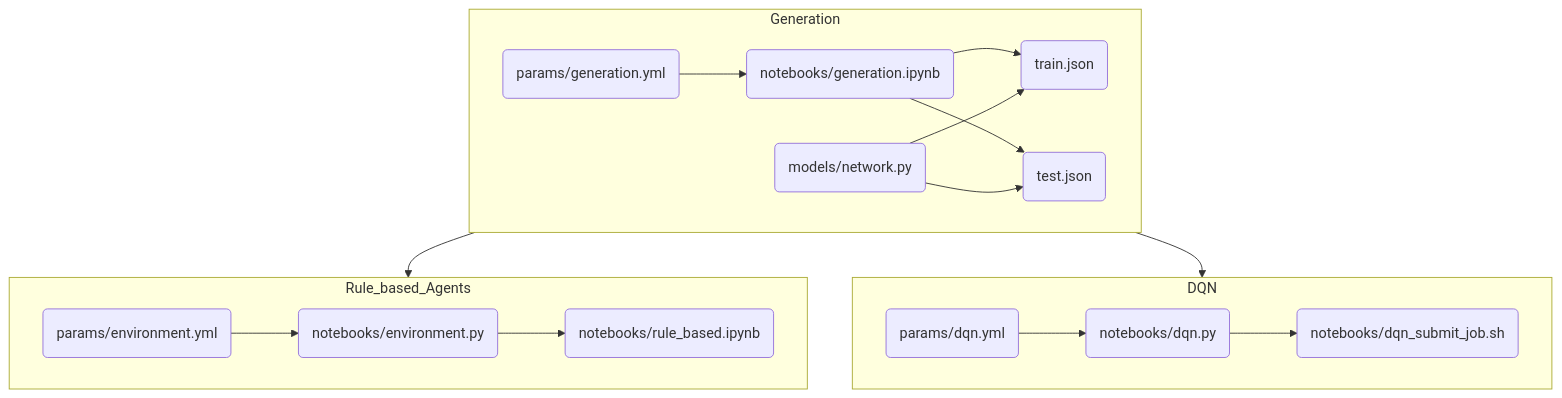
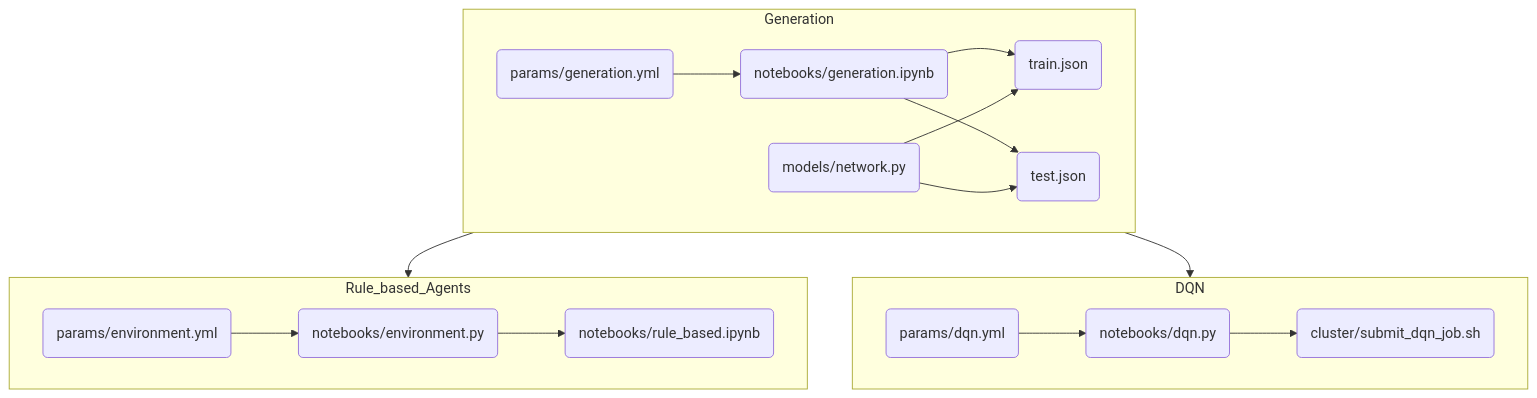
One commit to LBrinkmann/reward-network-iii-algorithm changed the diagram in README.md. Above: the diagram before and after it, drawn with Mermaid.

````diff
--- a/README.md
+++ b/README.md
@@ -29,27 +29,27 @@
 ```mermaid
 
 flowchart TD
 
 subgraph Generation
 A(params/generation.yml) --> B(notebooks/generation.ipynb)
 B(notebooks/generation.ipynb) --> C(train.json)
 B(notebooks/generation.ipynb) --> X(test.json)
 W(models/network.py) --> C(train.json)
 W(models/network.py) --> X(test.json)
 end
 
 subgraph Rule_based_Agents
 D(params/environment.yml) --> E(notebooks/environment.py) 
 E(notebooks/environment.py) --> F(notebooks/rule_based.ipynb)
 end
 
 subgraph DQN
 G(params/dqn.yml) --> H(notebooks/dqn.py)
-H(notebooks/dqn.py) --> I(notebooks/dqn_submit_job.sh)
+H(notebooks/dqn.py) --> I(cluster/submit_dqn_job.sh)
 end
 
 
 Generation --> Rule_based_Agents
 Generation --> DQN
 
 ```
````
